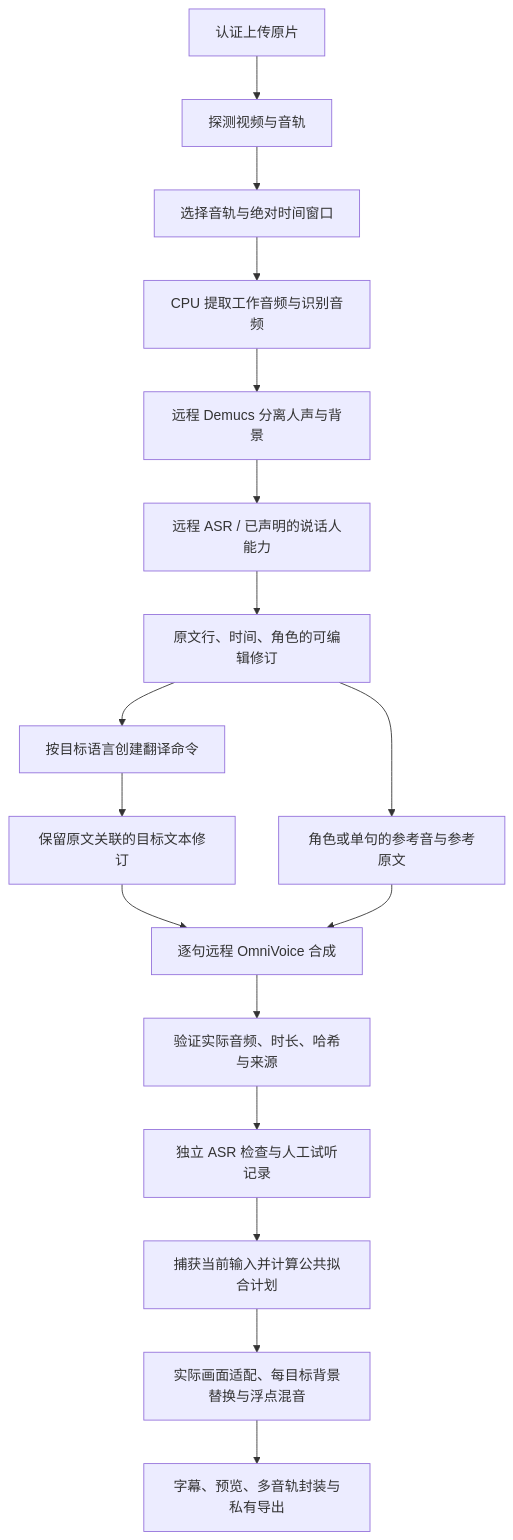
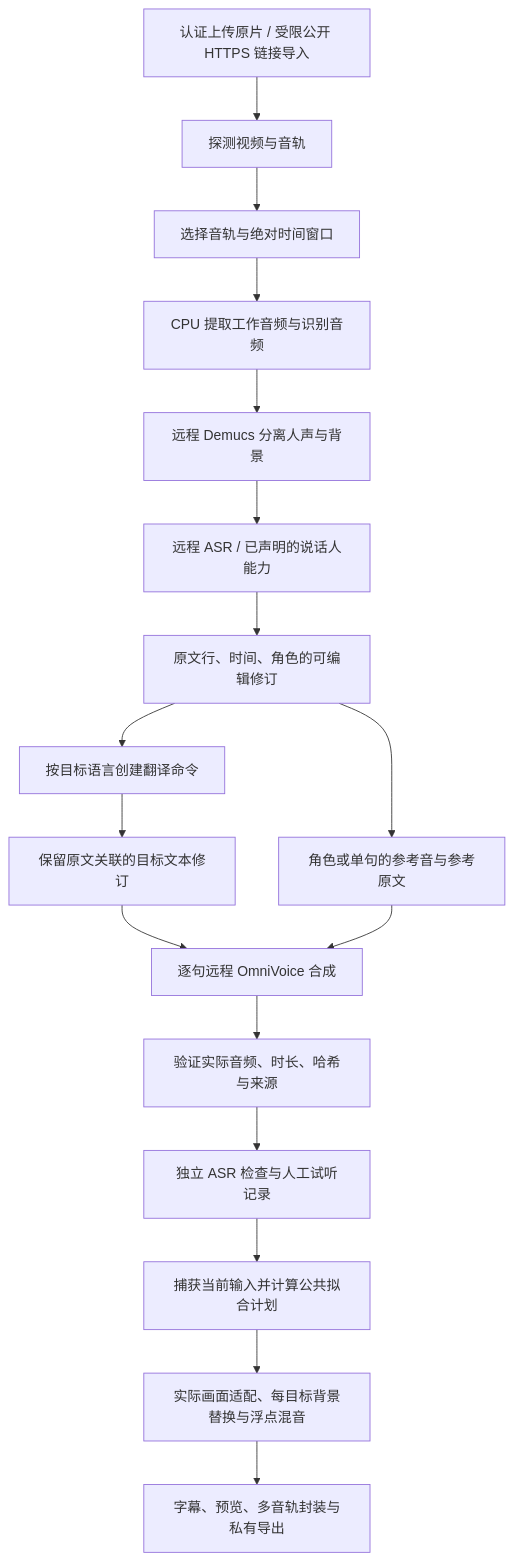
Before and after one commit to moose-lab/video-translate: the first of 5 diagrams in docs/engineering/voice-dubbing-source-flows.md, drawn with Mermaid. The commit also changed other lines of this file and 4 other files, not shown here.

````diff
--- a/docs/engineering/voice-dubbing-source-flows.md
+++ b/docs/engineering/voice-dubbing-source-flows.md
@@ -7,19 +7,19 @@
 ```mermaid
 flowchart TD
-  U[认证上传原片] --> P[探测视频与音轨]
+  U[认证上传原片 / 受限公开 HTTPS 链接导入] --> P[探测视频与音轨]
   P --> S[选择音轨与绝对时间窗口]
   S --> E[CPU 提取工作音频与识别音频]
   E --> D[远程 Demucs 分离人声与背景]
   D --> A[远程 ASR / 已声明的说话人能力]
   A --> R[原文行、时间、角色的可编辑修订]
   R --> REF[角色或单句的参考音与参考原文]
   R --> T[按目标语言创建翻译命令]
   T --> TR[保留原文关联的目标文本修订]
   TR --> N[逐句远程 OmniVoice 合成]
   REF --> N
   N --> V[验证实际音频、时长、哈希与来源]
   V --> Q[独立 ASR 检查与人工试听记录]
   Q --> F[捕获当前输入并计算公共拟合计划]
   F --> M[实际画面适配、每目标背景替换与浮点混音]
   M --> X[字幕、预览、多音轨封装与私有导出]
 ```
````
